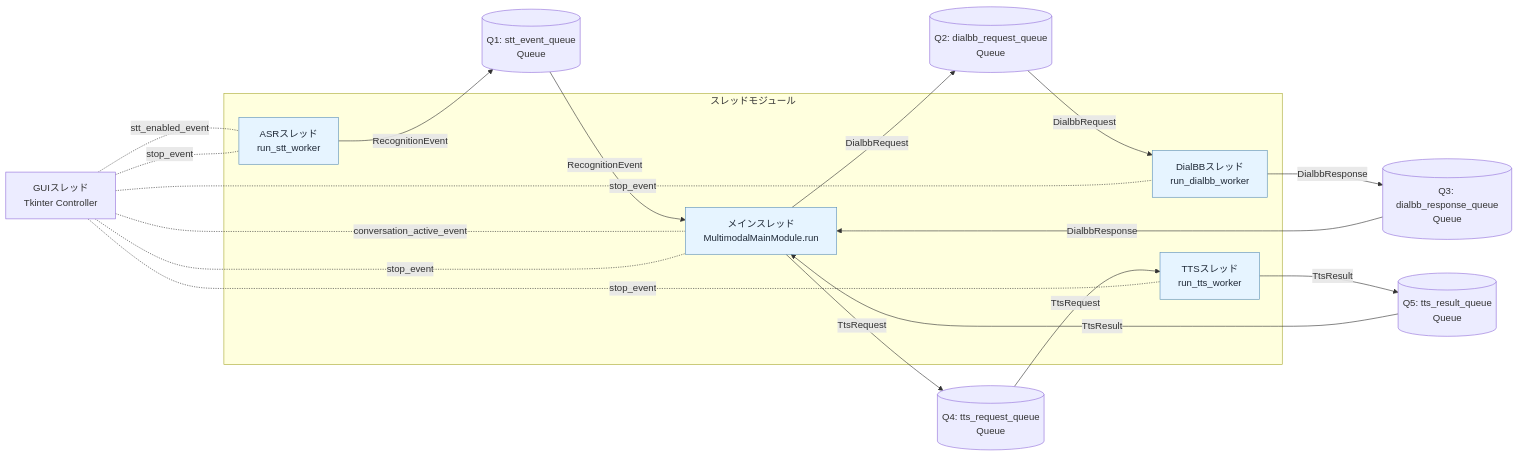
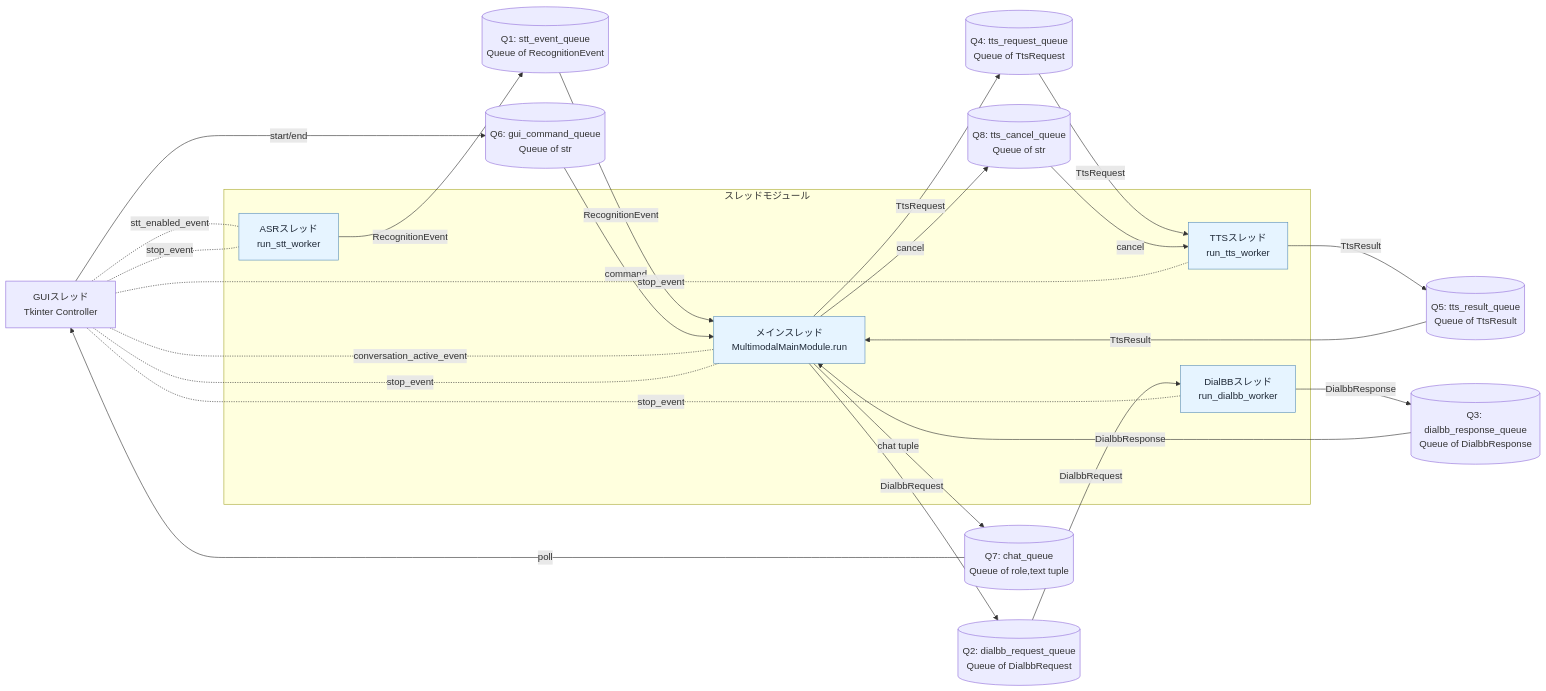
Before and after one commit to c4a-ri/dialbb: the first of 3 diagrams in mm_client/mm_client/docs/message_spec.md, drawn with Mermaid. The commit also changed other lines of this file and 10 other files, not shown here.

````diff
--- a/mm_client/mm_client/docs/message_spec.md
+++ b/mm_client/mm_client/docs/message_spec.md
@@ -36,43 +40,55 @@
 ```mermaid
 flowchart LR
   GUI[GUIスレッド\nTkinter Controller]
 
   subgraph Threads[スレッドモジュール]
     STT[ASRスレッド\nrun_stt_worker]
     MAIN[メインスレッド\nMultimodalMainModule.run]
     DIALBB[DialBBスレッド\nrun_dialbb_worker]
     TTS[TTSスレッド\nrun_tts_worker]
   end
 
-  Q1[(Q1: stt_event_queue\nQueue<RecognitionEvent>)]
-  Q2[(Q2: dialbb_request_queue\nQueue<DialbbRequest>)]
-  Q3[(Q3: dialbb_response_queue\nQueue<DialbbResponse>)]
-  Q4[(Q4: tts_request_queue\nQueue<TtsRequest>)]
-  Q5[(Q5: tts_result_queue\nQueue<TtsResult>)]
+  Q1[(Q1: stt_event_queue\nQueue of RecognitionEvent)]
+  Q2[(Q2: dialbb_request_queue\nQueue of DialbbRequest)]
+  Q3[(Q3: dialbb_response_queue\nQueue of DialbbResponse)]
+  Q4[(Q4: tts_request_queue\nQueue of TtsRequest)]
+  Q5[(Q5: tts_result_queue\nQueue of TtsResult)]
+  Q6[(Q6: gui_command_queue\nQueue of str)]
+  Q7[(Q7: chat_queue\nQueue of role,text tuple)]
+  Q8[(Q8: tts_cancel_queue\nQueue of str)]
 
   STT -->|RecognitionEvent| Q1
   Q1 -->|RecognitionEvent| MAIN
 
   MAIN -->|DialbbRequest| Q2
   Q2 -->|DialbbRequest| DIALBB
 
   DIALBB -->|DialbbResponse| Q3
   Q3 -->|DialbbResponse| MAIN
 
   MAIN -->|TtsRequest| Q4
   Q4 -->|TtsRequest| TTS
 
   TTS -->|TtsResult| Q5
   Q5 -->|TtsResult| MAIN
 
+  GUI -->|start/end| Q6
+  Q6 -->|command| MAIN
+
+  MAIN -->|chat tuple| Q7
+  Q7 -->|poll| GUI
+
+  MAIN -->|cancel| Q8
+  Q8 -->|cancel| TTS
+
   GUI -. conversation_active_event .- MAIN
   GUI -. stt_enabled_event .- STT
 
   GUI -. stop_event .- STT
   GUI -. stop_event .- DIALBB
   GUI -. stop_event .- TTS
   GUI -. stop_event .- MAIN
 
   classDef thread fill:#e6f4ff,stroke:#5b8fb9,color:#1f2937;
   class STT,MAIN,DIALBB,TTS thread;
 ```
````
